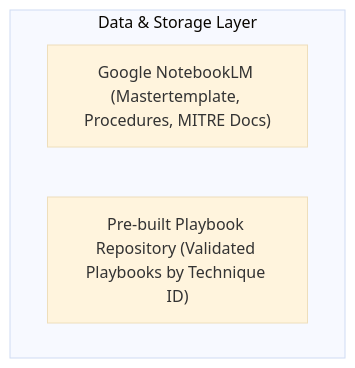
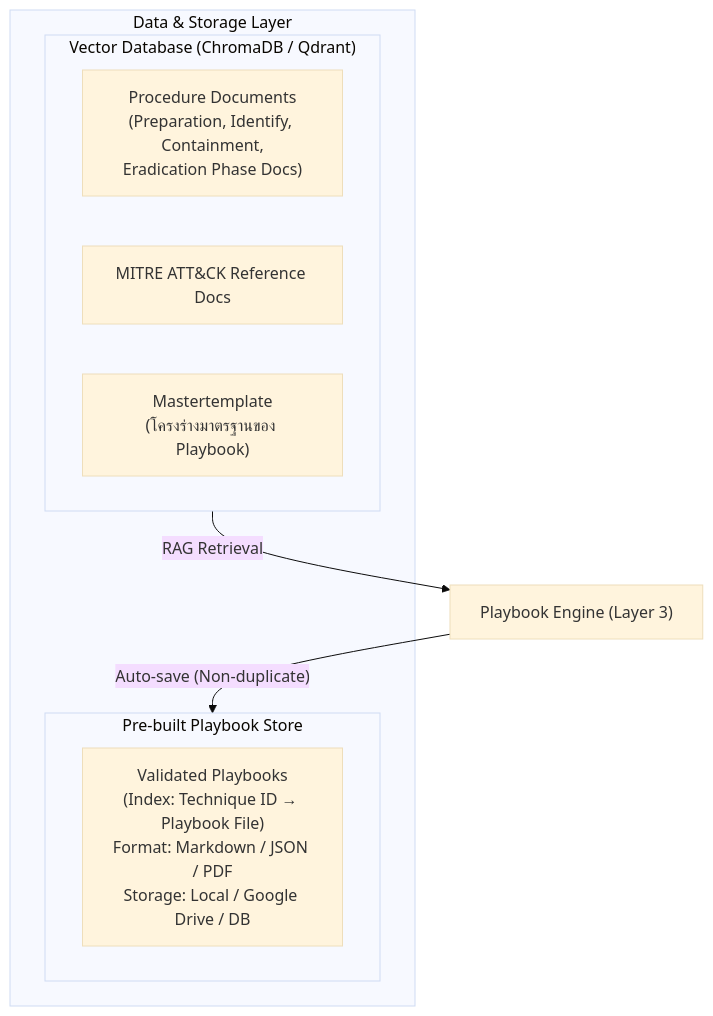
Before and after one commit to Chaithawatcer/omnissiah-playbook-workflow: the sixth of 8 diagrams in architecture.md, drawn with Mermaid (base theme). The commit also changed other lines of this file, not shown here.

Commit message:
Upgrade to Fully Automated Architecture with RAG, Vector DB, Deduplication, and Auto-save

````diff
--- a/architecture.md
+++ b/architecture.md
@@ -96,7 +116,15 @@
 ```mermaid
 graph TD
     subgraph Storage ["Data & Storage Layer"]
-        nblm["Google NotebookLM (Mastertemplate, Procedures, MITRE Docs)"]
-        store["Pre-built Playbook Repository (Validated Playbooks by Technique ID)"]
+        subgraph vdb ["Vector Database (ChromaDB / Qdrant)"]
+            proc["Procedure Documents\n(Preparation, Identify, Containment,\nEradication Phase Docs)"]
+            mitre["MITRE ATT&CK Reference Docs"]
+            master["Mastertemplate\n(โครงร่างมาตรฐานของ Playbook)"]
+        end
+        subgraph store ["Pre-built Playbook Store"]
+            pb["Validated Playbooks\n(Index: Technique ID → Playbook File)\nFormat: Markdown / JSON / PDF\nStorage: Local / Google Drive / DB"]
+        end
     end
+    vdb -- "RAG Retrieval" --> engine["Playbook Engine (Layer 3)"]
+    engine -- "Auto-save (Non-duplicate)" --> store
 ```
````
